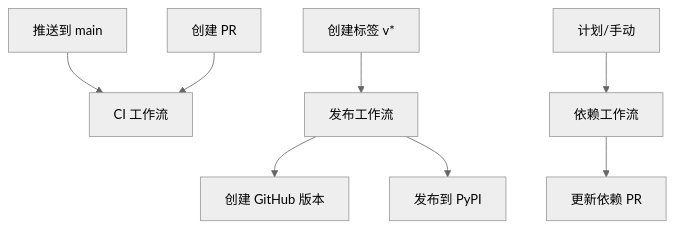
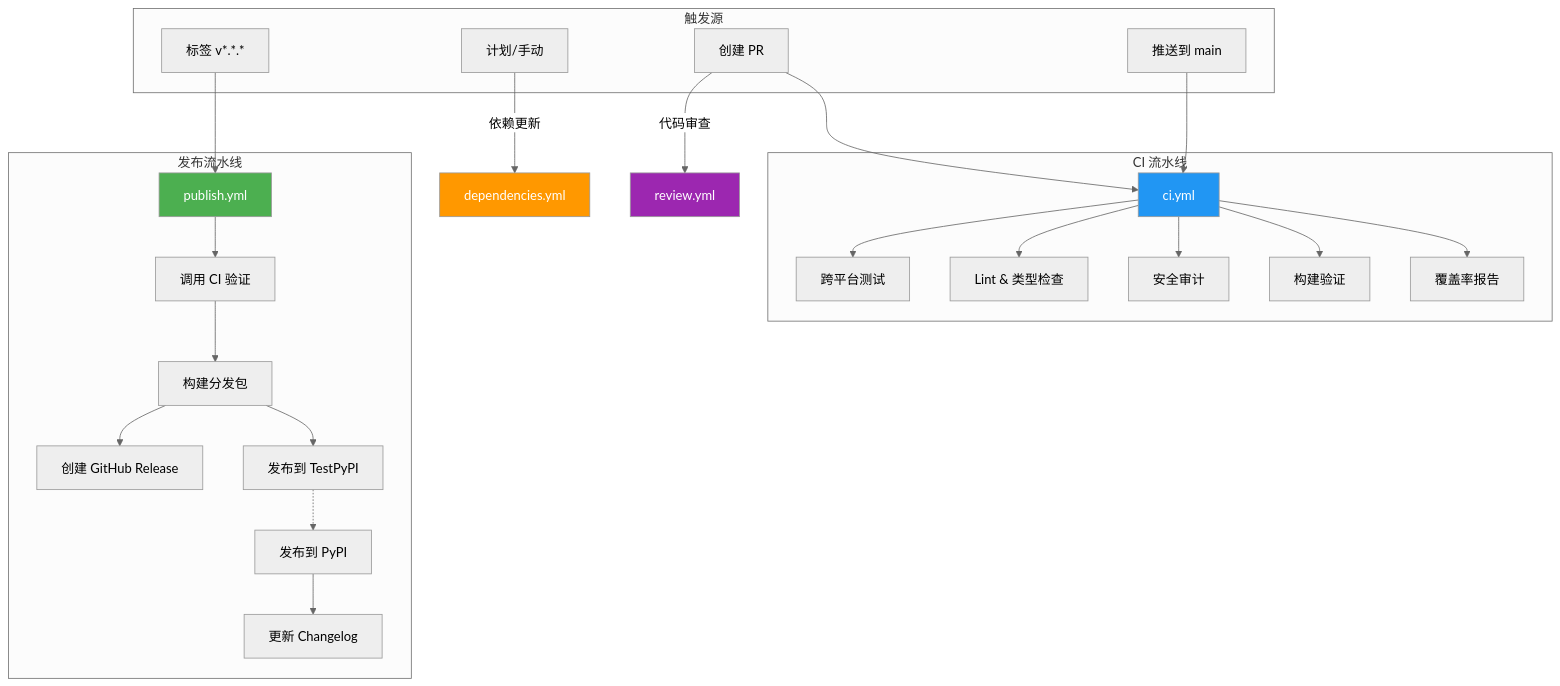
Before and after one commit to ThreeFish-AI/data-extractor: the diagram in docs/2.1-Workflows.md, drawn with Mermaid (neutral theme). The commit also changed other lines of this file and 5 other files, not shown here.

First line of the commit message:
refactor(workflows): 梳理清减 GitHub Actions 工作流，消除冗余与竞态条件;

````diff
--- a/docs/2.1-Workflows.md
+++ b/docs/2.1-Workflows.md
@@ -21,10 +19,42 @@
 ```mermaid
 graph TD
-    A[推送到 main] --> B[CI 工作流]
-    C[创建标签 v*] --> D[发布工作流]
-    D --> E[创建 GitHub 版本]
-    D --> F[发布到 PyPI]
-    G[计划/手动] --> H[依赖工作流]
-    H --> I[更新依赖 PR]
-    J[创建 PR] --> B
+    subgraph "触发源"
+        A[推送到 main]
+        C["标签 v*.*.*"]
+        G[计划/手动]
+        J[创建 PR]
+    end
+
+    subgraph "CI 流水线"
+        B[ci.yml]
+        B1[跨平台测试]
+        B2[Lint & 类型检查]
+        B3[安全审计]
+        B4[构建验证]
+        B5[覆盖率报告]
+        B --> B1 & B2 & B3 & B4 & B5
+    end
+
+    subgraph "发布流水线"
+        D[publish.yml]
+        D0[调用 CI 验证]
+        D1[构建分发包]
+        D2[创建 GitHub Release]
+        D3[发布到 TestPyPI]
+        D4[发布到 PyPI]
+        D5[更新 Changelog]
+        D --> D0 --> D1 --> D2 & D3
+        D3 -.-> D4 --> D5
+    end
+
+    A --> B
+    J --> B
+    C --> D
+    G --> |依赖更新| H[dependencies.yml]
+    J --> |代码审查| K[review.yml]
+
+    style B fill:#2196F3,color:#fff
+    style D fill:#4CAF50,color:#fff
+    style H fill:#FF9800,color:#fff
+    style K fill:#9C27B0,color:#fff
 ```
````
